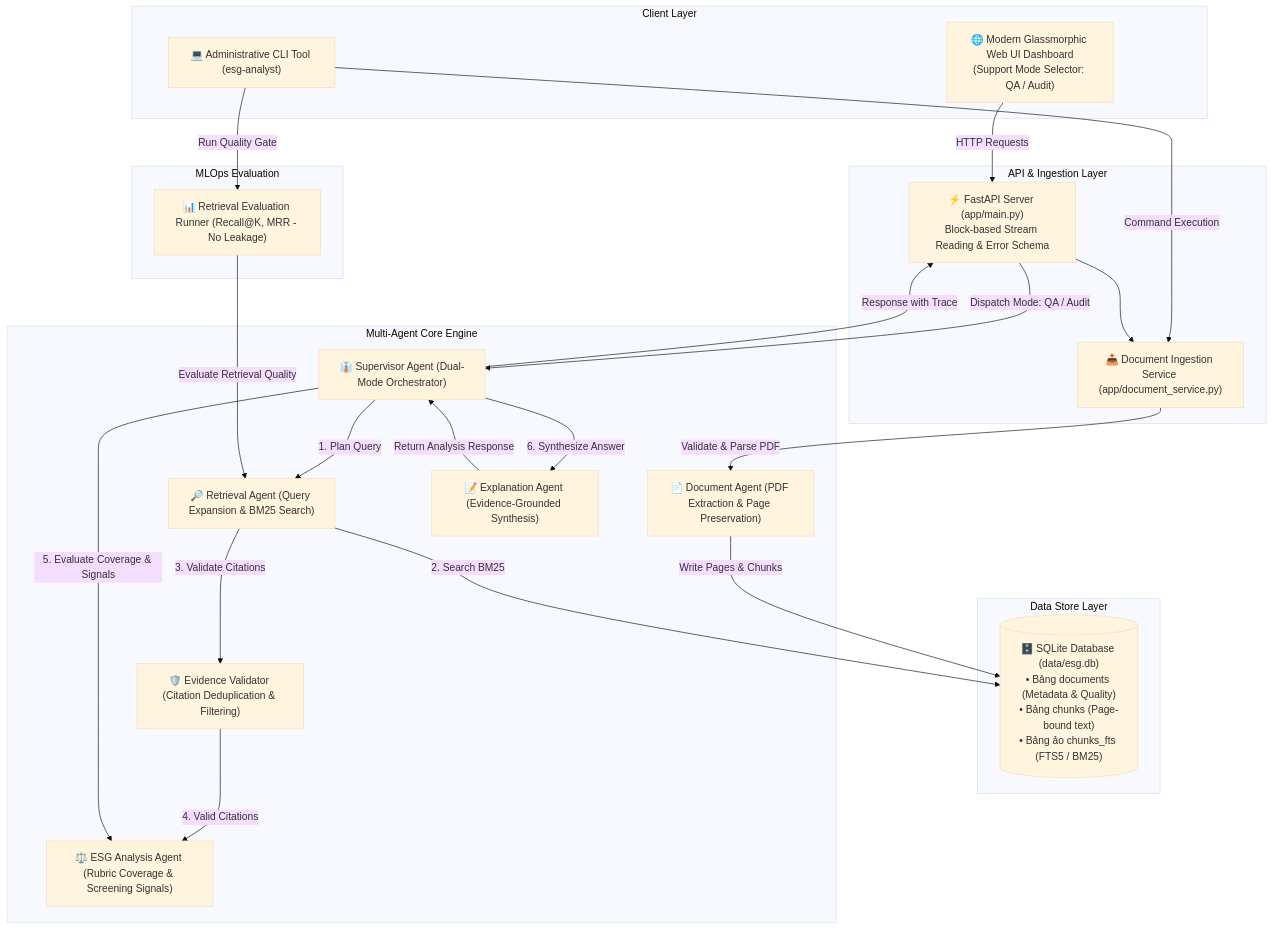
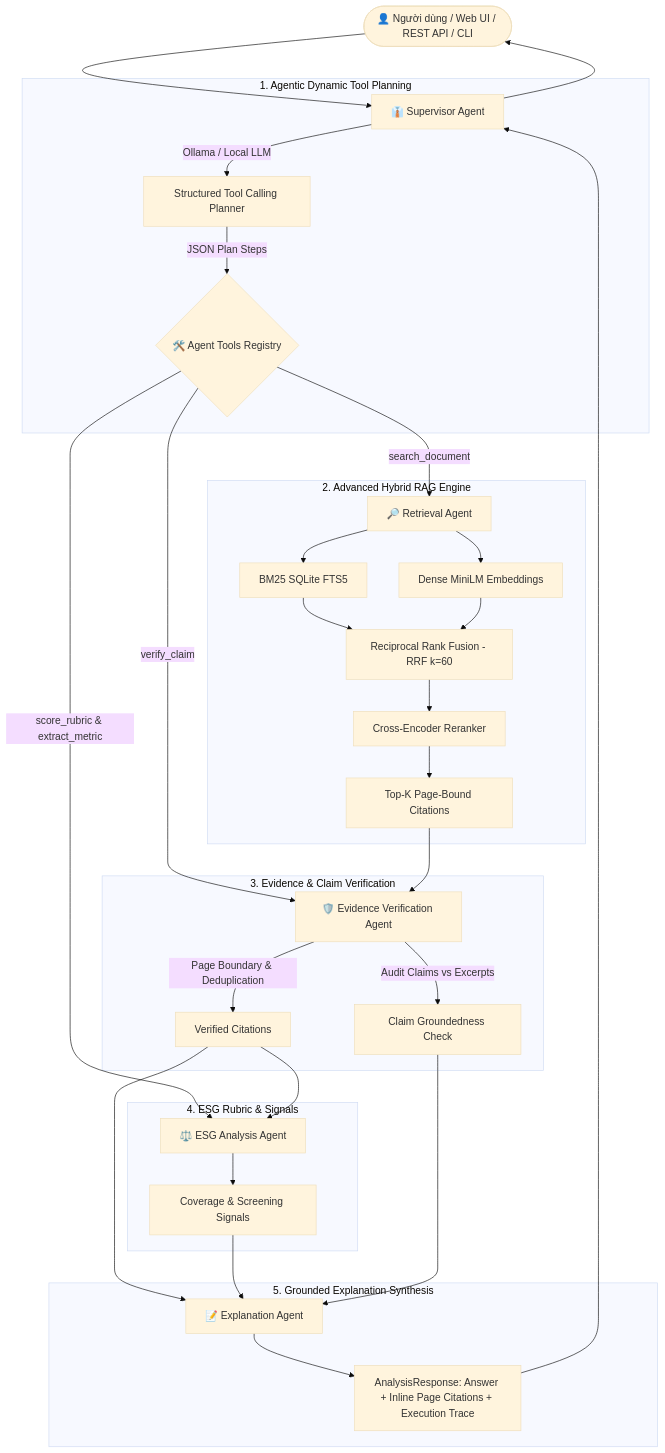
One commit to haminhthong/Multi-Agent-ESG-Report-Analyst changed the diagram in README.md. Above: the diagram before and after it, drawn with Mermaid (base theme). The commit also changed other lines of this file and 42 other files, not shown here.

````diff
--- a/README.md
+++ b/README.md
@@ -45,49 +60,42 @@
 ```mermaid
 flowchart TD
-    subgraph Client Layer
-        UI["🌐 Modern Glassmorphic Web UI Dashboard\n(Support Mode Selector: QA / Audit)"]
-        CLI["💻 Administrative CLI Tool (esg-analyst)"]
+    User([👤 Người dùng / Web UI / REST API / CLI]) --> Supervisor[👔 Supervisor Agent]
+
+    subgraph Agentic_Planning [1. Agentic Dynamic Tool Planning]
+        Supervisor -->|Ollama / Local LLM| Plan[Structured Tool Calling Planner]
+        Plan -->|JSON Plan Steps| ToolRegistry{🛠️ Agent Tools Registry}
     end
 
-    subgraph API & Ingestion Layer
-        API["⚡ FastAPI Server (app/main.py)\nBlock-based Stream Reading & Error Schema"]
-        ING["📥 Document Ingestion Service (app/document_service.py)"]
+    subgraph Advanced_Retrieval [2. Advanced Hybrid RAG Engine]
+        ToolRegistry -->|search_document| RetAgent[🔎 Retrieval Agent]
+        RetAgent --> BM25[BM25 SQLite FTS5]
+        RetAgent --> Dense[Dense MiniLM Embeddings]
+        BM25 --> RRF[Reciprocal Rank Fusion - RRF k=60]
+        Dense --> RRF
+        RRF --> Rerank[Cross-Encoder Reranker]
+        Rerank --> Candidates[Top-K Page-Bound Citations]
     end
 
-    subgraph Data Store Layer
-        DB[("🗄️ SQLite Database (data/esg.db)\n• Bảng documents (Metadata & Quality)\n• Bảng chunks (Page-bound text)\n• Bảng ảo chunks_fts (FTS5 / BM25)")]
+    subgraph Verification_Guardrails [3. Evidence & Claim Verification]
+        ToolRegistry -->|verify_claim| Verifier[🛡️ Evidence Verification Agent]
+        Candidates --> Verifier
+        Verifier -->|Page Boundary & Deduplication| ValidCitations[Verified Citations]
+        Verifier -->|Audit Claims vs Excerpts| AuditLog[Claim Groundedness Check]
     end
 
-    subgraph Multi-Agent Core Engine
-        SUP["👔 Supervisor Agent (Dual-Mode Orchestrator)"]
-        DOC["📄 Document Agent (PDF Extraction & Page Preservation)"]
-        RET["🔎 Retrieval Agent (Query Expansion & BM25 Search)"]
-        VAL["🛡️ Evidence Validator (Citation Deduplication & Filtering)"]
-        ESG["⚖️ ESG Analysis Agent (Rubric Coverage & Screening Signals)"]
-        EXP["📝 Explanation Agent (Evidence-Grounded Synthesis)"]
+    subgraph Rubric_Scoring [4. ESG Rubric & Signals]
+        ToolRegistry -->|score_rubric & extract_metric| Analysis[⚖️ ESG Analysis Agent]
+        ValidCitations --> Analysis
+        Analysis --> PillarScores[Coverage & Screening Signals]
     end
 
-    subgraph MLOps Evaluation
-        EVAL["📊 Retrieval Evaluation Runner (Recall@K, MRR - No Leakage)"]
+    subgraph Answer_Synthesis [5. Grounded Explanation Synthesis]
+        ValidCitations --> Synthesizer[📝 Explanation Agent]
+        PillarScores --> Synthesizer
+        AuditLog --> Synthesizer
+        Synthesizer --> FinalResp[AnalysisResponse: Answer + Inline Page Citations + Execution Trace]
     end
 
-    UI -->|HTTP Requests| API
-    CLI -->|Command Execution| ING
-    CLI -->|Run Quality Gate| EVAL
-
-    API --> ING
-    ING -->|Validate & Parse PDF| DOC
-    DOC -->|Write Pages & Chunks| DB
-
-    API -->|Dispatch Mode: QA / Audit| SUP
-    SUP -->|1. Plan Query| RET
-    RET -->|2. Search BM25| DB
-    RET -->|3. Validate Citations| VAL
-    VAL -->|4. Valid Citations| ESG
-    SUP -->|5. Evaluate Coverage & Signals| ESG
-    SUP -->|6. Synthesize Answer| EXP
-    EXP -->|Return Analysis Response| SUP
-    SUP -->|Response with Trace| API
-
-    EVAL -->|Evaluate Retrieval Quality| RET
+    FinalResp --> Supervisor
+    Supervisor --> User
 ```
````
